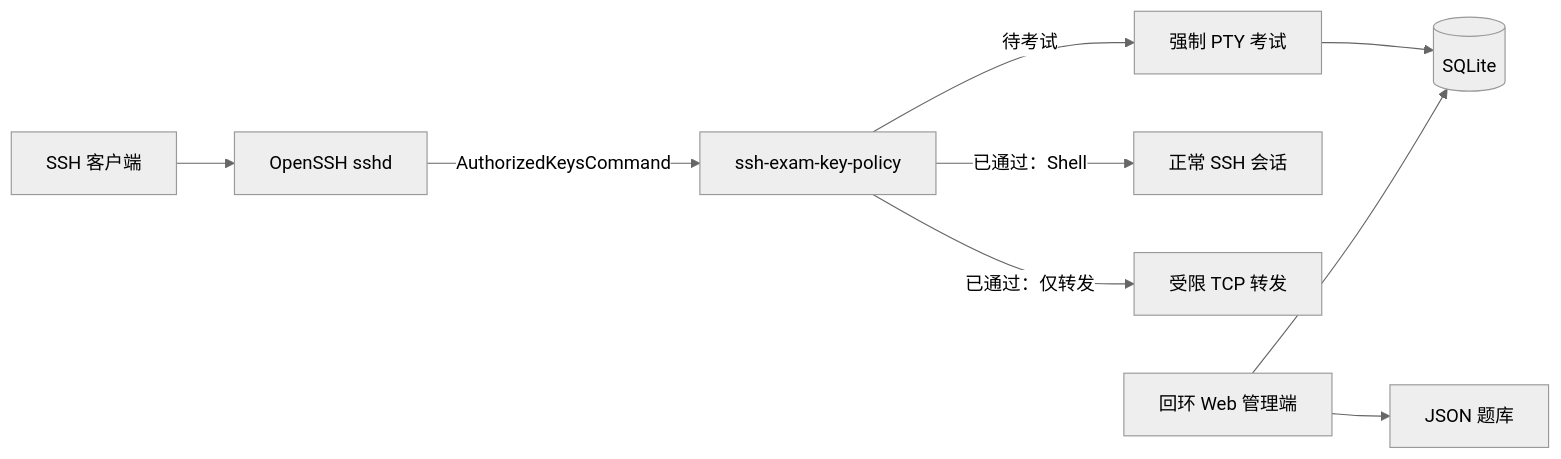
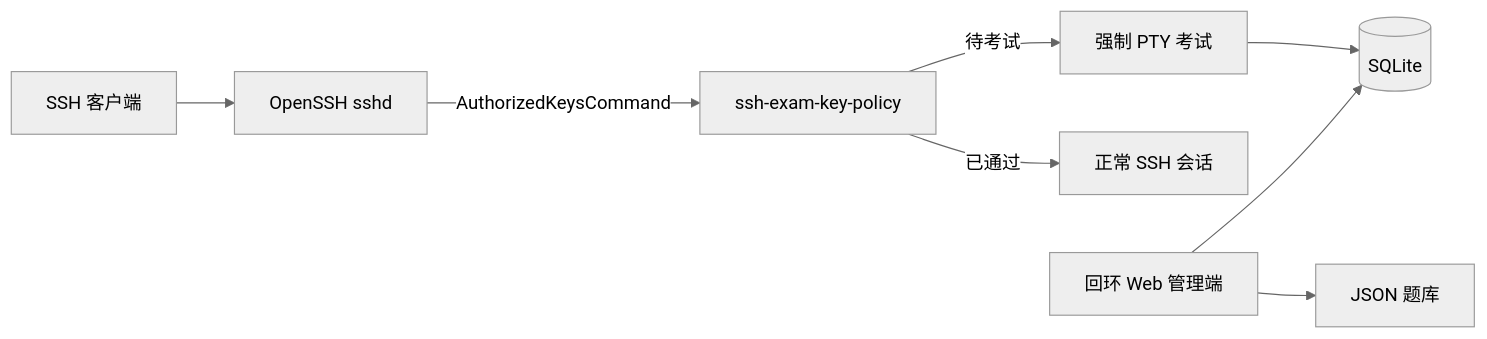
One commit to huluhuluu/ssh-exam changed the diagram in README.zh-CN.md. Above: the diagram before and after it, drawn with Mermaid (neutral theme). The commit also changed other lines of this file and 14 other files, not shown here.

````diff
--- a/README.zh-CN.md
+++ b/README.zh-CN.md
@@ -37,11 +38,10 @@
 ```mermaid
 flowchart LR
     C[SSH 客户端] --> S[OpenSSH sshd]
     S -->|AuthorizedKeysCommand| P[ssh-exam-key-policy]
     P -->|待考试| T[强制 PTY 考试]
     T --> D[(SQLite)]
-    P -->|已通过：Shell| H[正常 SSH 会话]
-    P -->|已通过：仅转发| J[受限 TCP 转发]
+    P -->|已通过| H[正常 SSH 会话]
     A[回环 Web 管理端] --> D
     A --> Q[JSON 题库]
 ```
````
